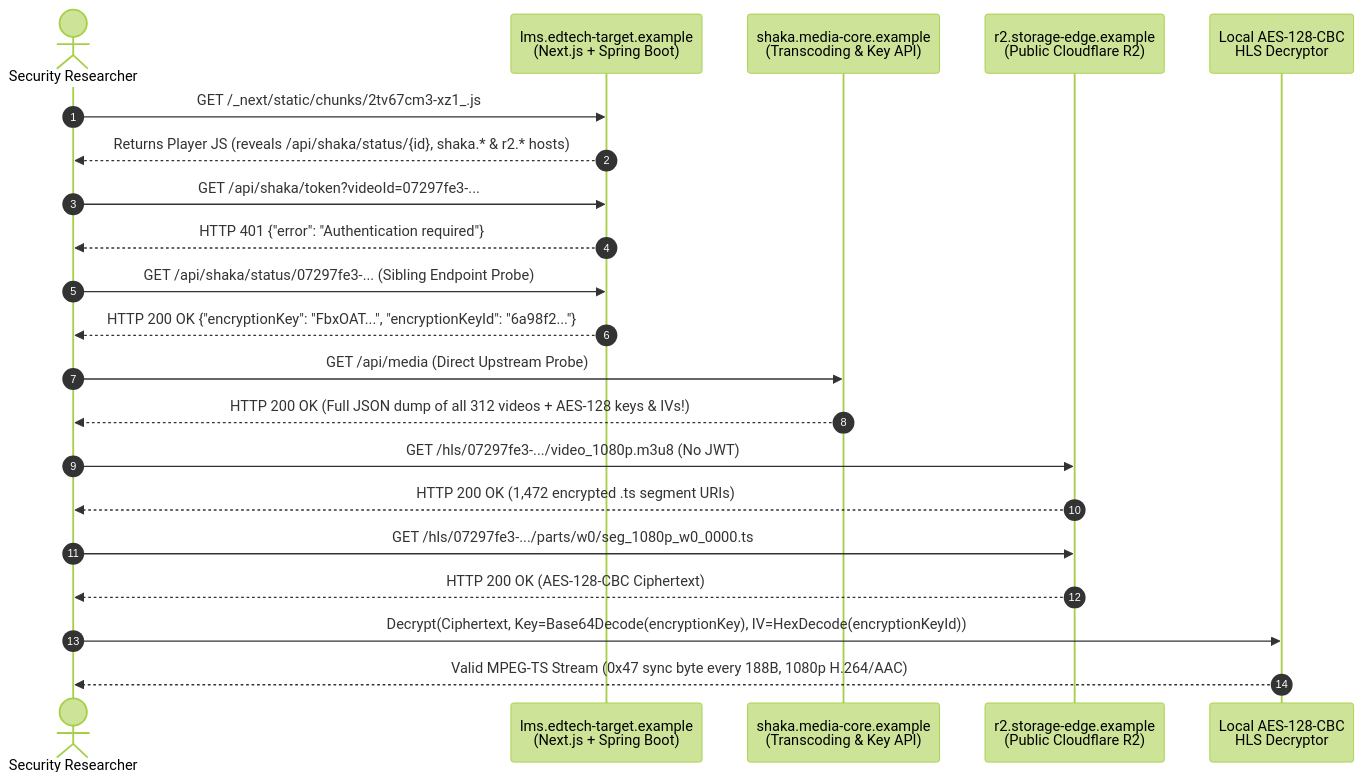
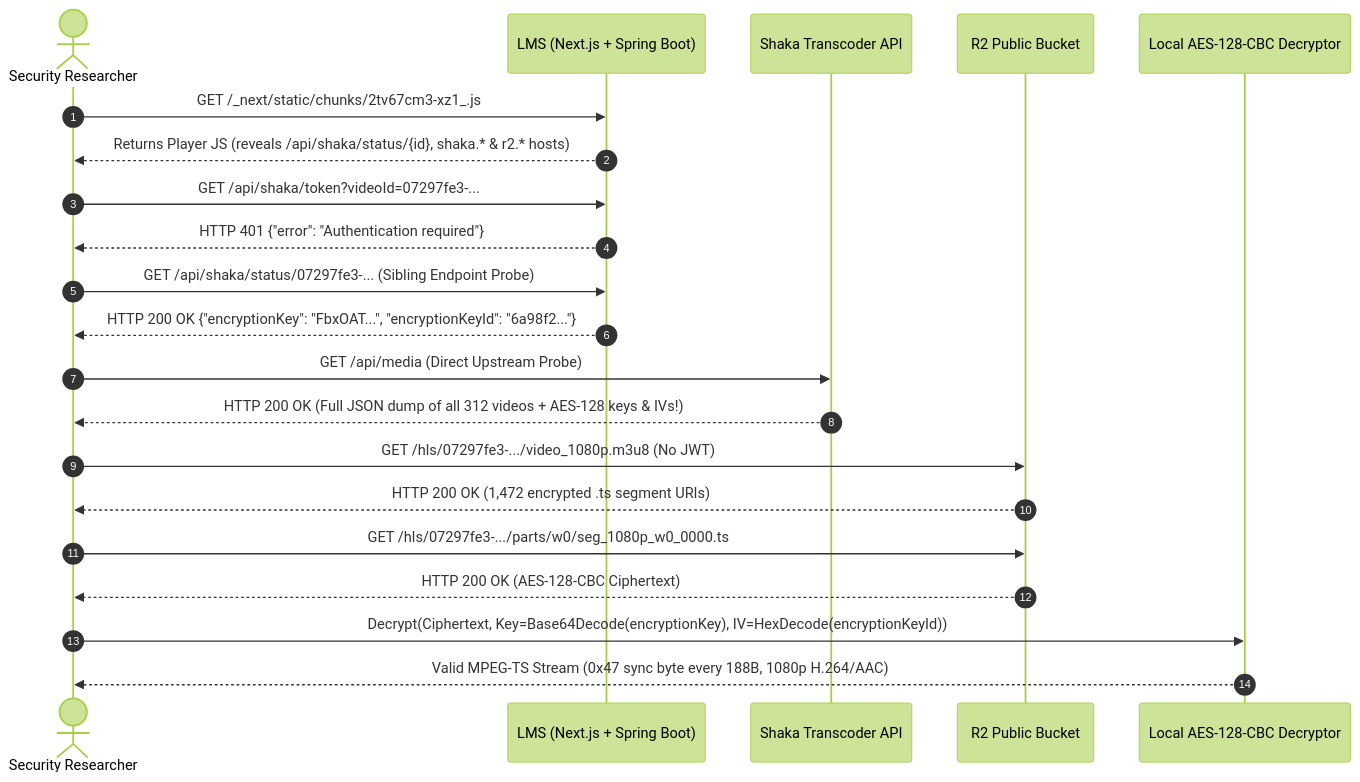
The diagram in docs/attack-simulation.md (TuanAnhk10/security-research-project), drawn with Mermaid (forest theme) before and after one commit. The commit also changed 4 other files, not shown here.

Commit message:
fix(mermaid): remove br tags and emoji from node labels for GitHub rendering

````diff
--- a/docs/attack-simulation.md
+++ b/docs/attack-simulation.md
@@ -9,30 +9,30 @@
 ```mermaid
 sequenceDiagram
     autonumber
     actor Researcher as Security Researcher
-    participant LMS as lms.edtech-target.example<br/>(Next.js + Spring Boot)
-    participant Shaka as shaka.media-core.example<br/>(Transcoding & Key API)
-    participant R2 as r2.storage-edge.example<br/>(Public Cloudflare R2)
-    participant Decryptor as Local AES-128-CBC<br/>HLS Decryptor
+    participant LMS as LMS (Next.js + Spring Boot)
+    participant Shaka as Shaka Transcoder API
+    participant R2 as R2 Public Bucket
+    participant Decryptor as Local AES-128-CBC Decryptor
 
     Researcher->>LMS: GET /_next/static/chunks/2tv67cm3-xz1_.js
     LMS-->>Researcher: Returns Player JS (reveals /api/shaka/status/{id}, shaka.* & r2.* hosts)
 
     Researcher->>LMS: GET /api/shaka/token?videoId=07297fe3-...
     LMS-->>Researcher: HTTP 401 {"error": "Authentication required"}
 
     Researcher->>LMS: GET /api/shaka/status/07297fe3-... (Sibling Endpoint Probe)
     LMS-->>Researcher: HTTP 200 OK {"encryptionKey": "FbxOAT...", "encryptionKeyId": "6a98f2..."}
 
     Researcher->>Shaka: GET /api/media (Direct Upstream Probe)
     Shaka-->>Researcher: HTTP 200 OK (Full JSON dump of all 312 videos + AES-128 keys & IVs!)
 
     Researcher->>R2: GET /hls/07297fe3-.../video_1080p.m3u8 (No JWT)
     R2-->>Researcher: HTTP 200 OK (1,472 encrypted .ts segment URIs)
 
     Researcher->>R2: GET /hls/07297fe3-.../parts/w0/seg_1080p_w0_0000.ts
     R2-->>Researcher: HTTP 200 OK (AES-128-CBC Ciphertext)
 
     Researcher->>Decryptor: Decrypt(Ciphertext, Key=Base64Decode(encryptionKey), IV=HexDecode(encryptionKeyId))
     Decryptor-->>Researcher: Valid MPEG-TS Stream (0x47 sync byte every 188B, 1080p H.264/AAC)
 ```
````
